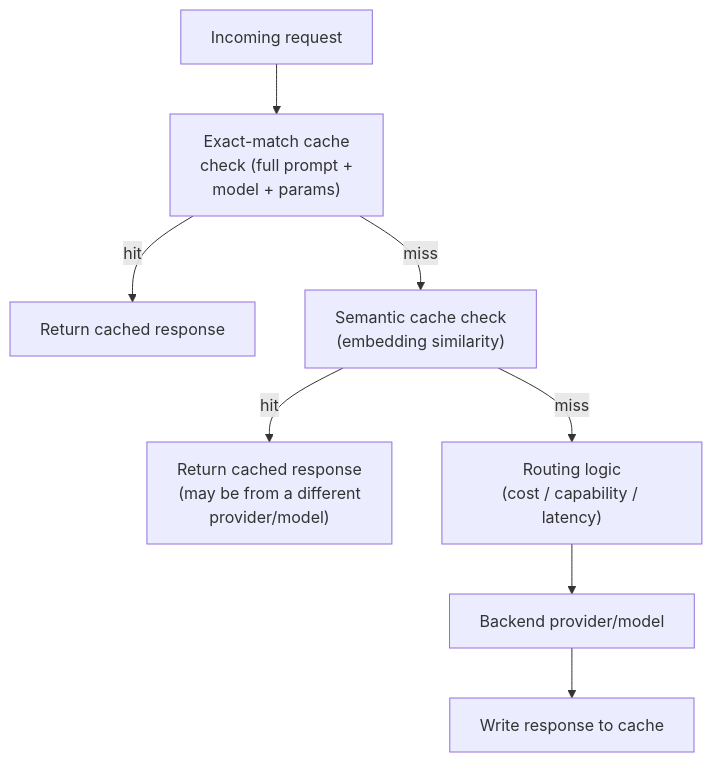
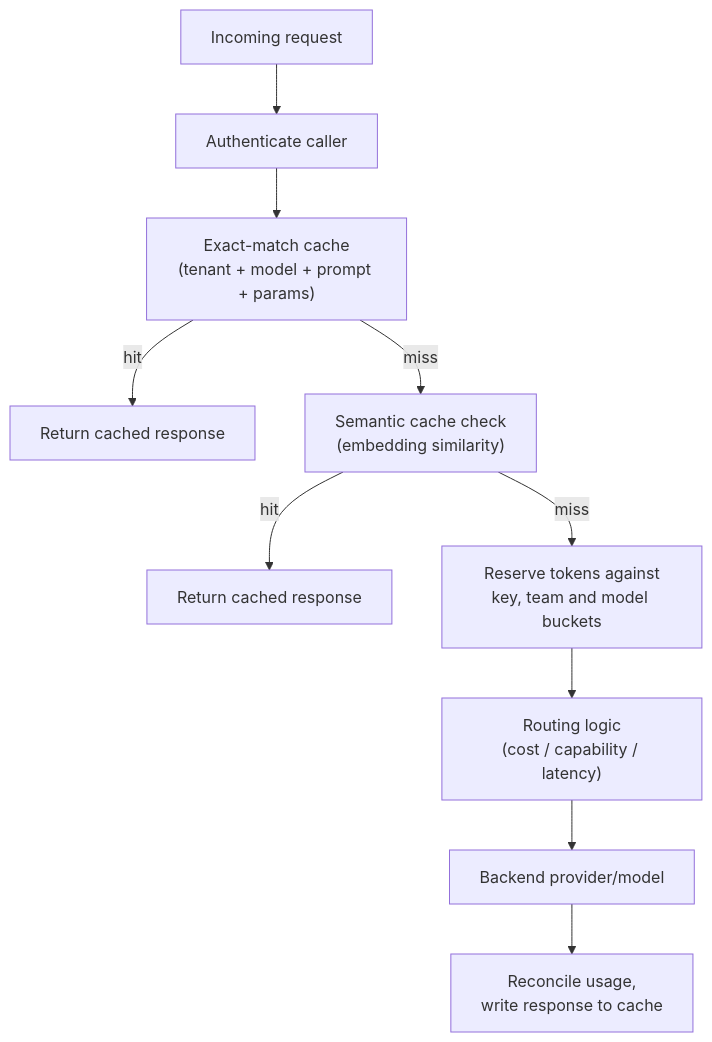
Before and after one commit to romancobblepot/AI-system-design-primer: the second of 4 diagrams in case-studies/llm-api-gateway/README.md, drawn with Mermaid. The commit also changed other lines of this file and 49 other files, not shown here.

````diff
--- a/case-studies/llm-api-gateway/README.md
+++ b/case-studies/llm-api-gateway/README.md
@@ -92,10 +197,12 @@
 ```mermaid
 flowchart TD
-    REQ["Incoming request"] --> EM["Exact-match cache\ncheck (full prompt +\nmodel + params)"]
+    REQ["Incoming request"] --> AUTH["Authenticate caller"]
+    AUTH --> EM["Exact-match cache\n(tenant + model + prompt + params)"]
     EM -->|"hit"| RET1["Return cached response"]
     EM -->|"miss"| SM["Semantic cache check\n(embedding similarity)"]
-    SM -->|"hit"| RET2["Return cached response\n(may be from a different\nprovider/model)"]
-    SM -->|"miss"| ROUTE["Routing logic\n(cost / capability / latency)"]
+    SM -->|"hit"| RET2["Return cached response"]
+    SM -->|"miss"| BUD["Reserve tokens against\nkey, team and model buckets"]
+    BUD --> ROUTE["Routing logic\n(cost / capability / latency)"]
     ROUTE --> PROV["Backend provider/model"]
-    PROV --> WRITE["Write response to cache"]
+    PROV --> WRITE["Reconcile usage,\nwrite response to cache"]
 ```
````
